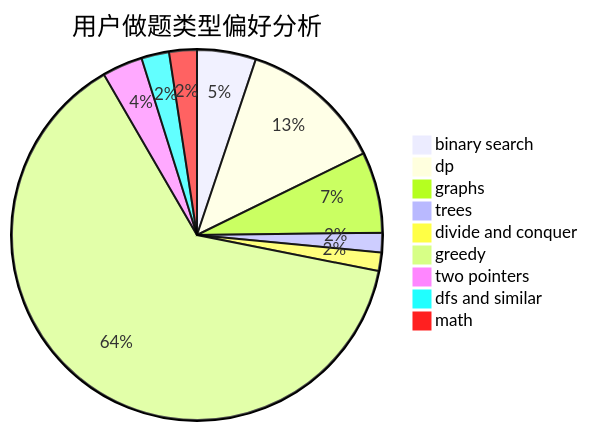
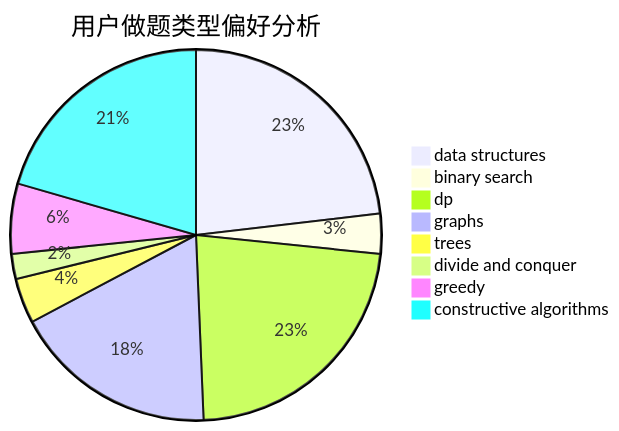
The second of 3 diagrams in docs/user/u902.md (sherpahu/cfrs.github.io), drawn with Mermaid before and after one commit. The commit also changed other lines of this file and 2775 other files, not shown here.

````diff
--- a/docs/user/u902.md
+++ b/docs/user/u902.md
@@ -23,12 +23,11 @@
 ```mermaid
 pie title 用户做题类型偏好分析
-    "binary search" :  51
-    "dp" :  125
-    "graphs" :  70
-    "trees" :  17
-    "divide and conquer" :  16
-    "greedy" :  630
-    "two pointers" :  35
-    "dfs and similar" :  24
-    "math" :  24
+    "data structures" :  53
+    "binary search" :  8
+    "dp" :  52
+    "graphs" :  41
+    "trees" :  9
+    "divide and conquer" :  5
+    "greedy" :  14
+    "constructive algorithms" :  47
 ```
````
